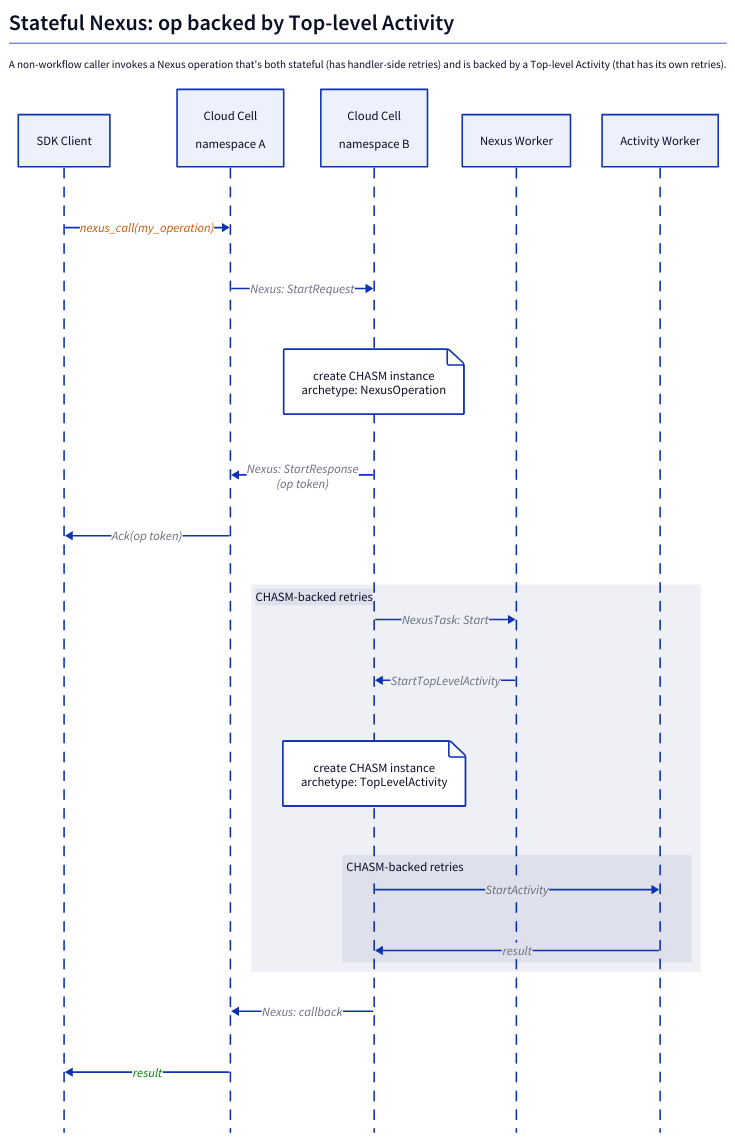
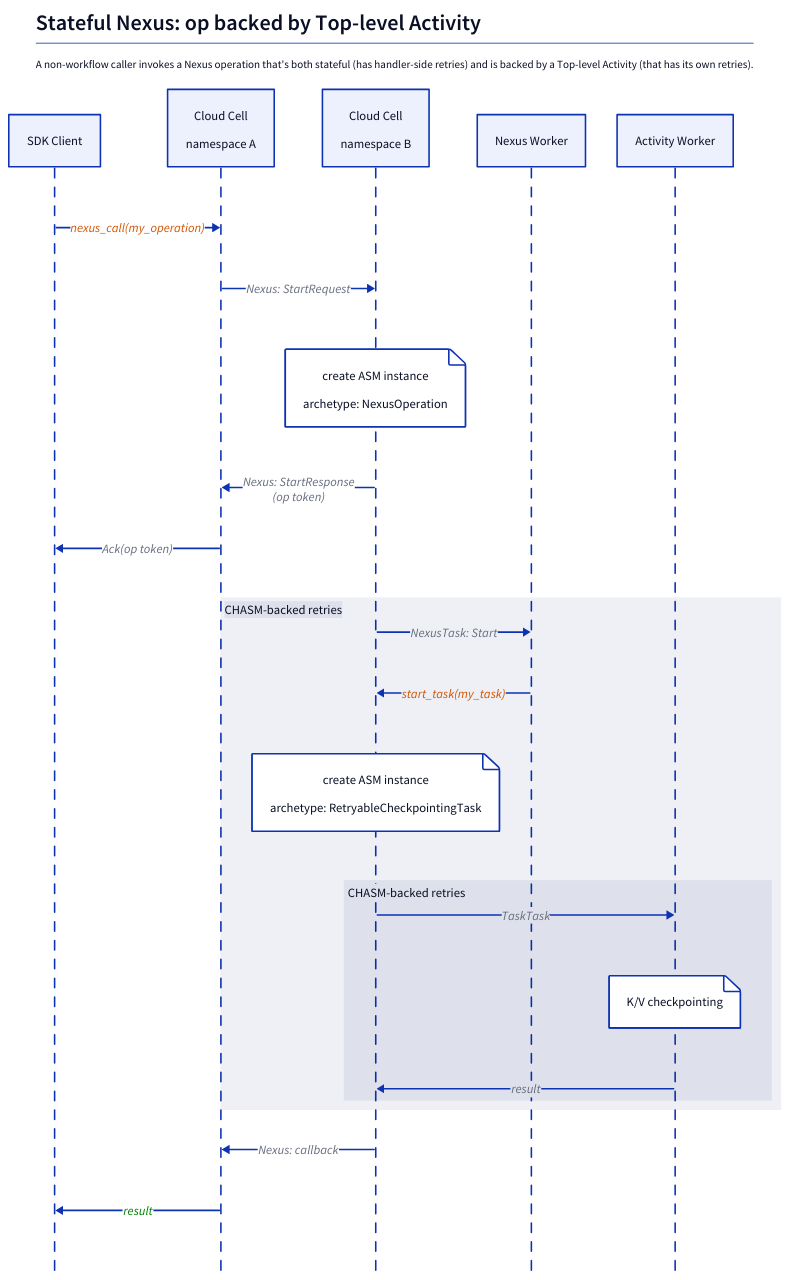
One commit to dandavison/temporalio-notes changed the diagram in diagrams/nexus-4-stateful-op-backed-by-tla.d2. Above: the diagram before and after it, drawn with D2. The commit also changed 3 other files, not shown here.

```diff
--- a/diagrams/nexus-4-stateful-op-backed-by-tla.d2
+++ b/diagrams/nexus-4-stateful-op-backed-by-tla.d2
@@ -1,55 +1,58 @@
 shape: sequence_diagram
 
 direction: down
 
 explanation: |md
   # Stateful Nexus: op backed by Top-level Activity
   A non-workflow caller invokes a Nexus operation that's both stateful (has handler-side retries)
   and is backed by a Top-level Activity (that has its own retries).
 | {
   near: top-center
   style.font-size: 14
 }
 
 CA: {
   label: "SDK Client"
 }
 
 SA: {
   label: "Cloud Cell\n\nnamespace A"
 }
 
 SB: {
   label: "Cloud Cell\n\nnamespace B"
 }
 
 NWB: {
   label: "Nexus Worker"
 }
 
 AWB: {
   label: "Activity Worker"
 }
 
 CA -> SA: nexus_call(my_operation) {
   style.font-color: "#D35400"
 }
 SA -> SB: Nexus: StartRequest
-SB.1: create CHASM instance\narchetype: NexusOperation
+SB.1: create ASM instance\n\narchetype: NexusOperation
 SB -> SA: Nexus: StartResponse\n(op token)
 SA -> CA: Ack(op token)
 
 with_retries: "CHASM-backed retries" {
   SB -> NWB: NexusTask: Start
-  NWB -> SB: StartTopLevelActivity
-  SB.2: create CHASM instance\narchetype: TopLevelActivity
+  NWB -> SB: start_task(my_task) {
+    style.font-color: "#D35400"
+  }
+  SB.2: create ASM instance\n\narchetype: RetryableCheckpointingTask
   with_retries: "CHASM-backed retries" {
-    SB -> AWB: StartActivity
+    SB -> AWB: TaskTask
+    AWB.1: "K/V checkpointing"
     AWB -> SB: result
   }
 }
 
 SB -> SA: Nexus: callback
 SA -> CA: result {
   style.font-color: "green"
 }
```
